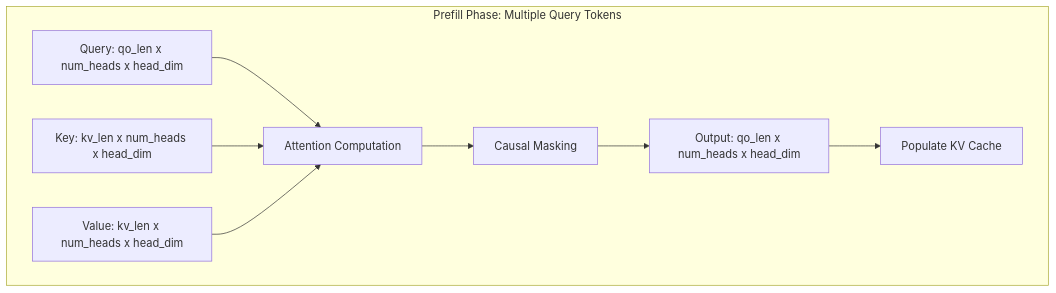
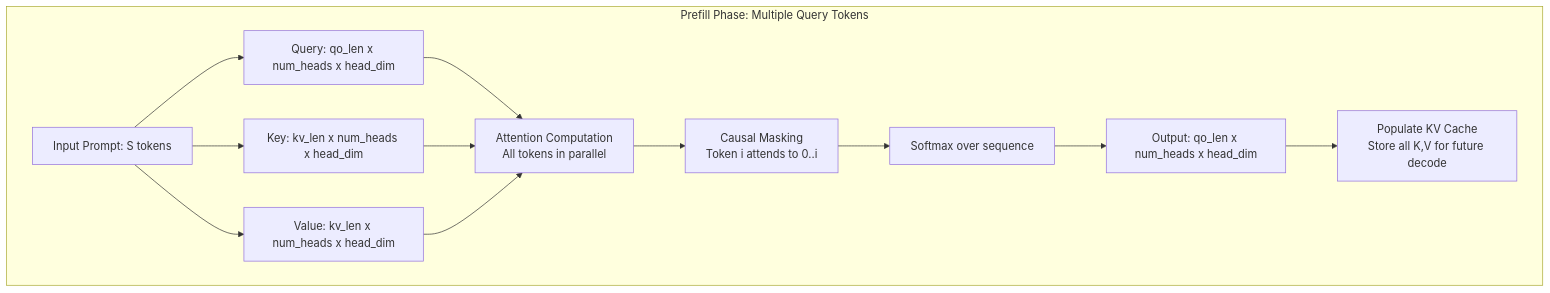
The ninth of 37 diagrams in lab0.2/README.md (Shahriarin2garden/vllm_from_scratch), drawn with Mermaid before and after one commit. The commit also changed other lines of this file, not shown here.

Commit message:
Refactor diagrams in README.md for improved clarity and detail

````diff
--- a/lab0.2/README.md
+++ b/lab0.2/README.md
@@ -293,14 +301,16 @@
 ```mermaid
 graph TD
     subgraph "Prefill Phase: Multiple Query Tokens"
-        Q["Query: qo_len x num_heads x head_dim"]
-        K["Key: kv_len x num_heads x head_dim"]
-        V["Value: kv_len x num_heads x head_dim"]
-        Q --> Attn["Attention Computation"]
+        Input["Input Prompt: S tokens"]
+        Input --> Q["Query: qo_len x num_heads x head_dim"]
+        Input --> K["Key: kv_len x num_heads x head_dim"]
+        Input --> V["Value: kv_len x num_heads x head_dim"]
+        Q --> Attn["Attention Computation<br/>All tokens in parallel"]
         K --> Attn
         V --> Attn
-        Attn --> Mask["Causal Masking"]
-        Mask --> Out["Output: qo_len x num_heads x head_dim"]
-        Out --> KVCache["Populate KV Cache"]
+        Attn --> Mask["Causal Masking<br/>Token i attends to 0..i"]
+        Mask --> Softmax["Softmax over sequence"]
+        Softmax --> Out["Output: qo_len x num_heads x head_dim"]
+        Out --> KVCache["Populate KV Cache<br/>Store all K,V for future decode"]
     end
 ```
````
